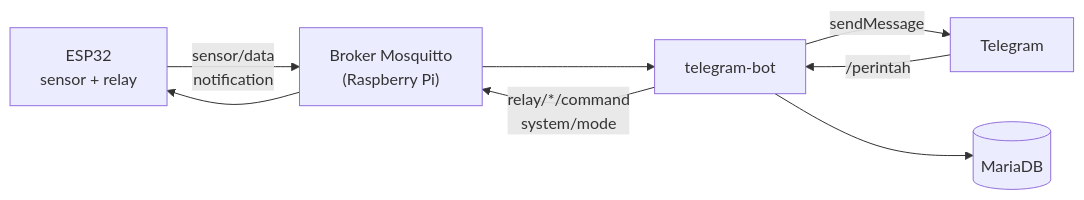
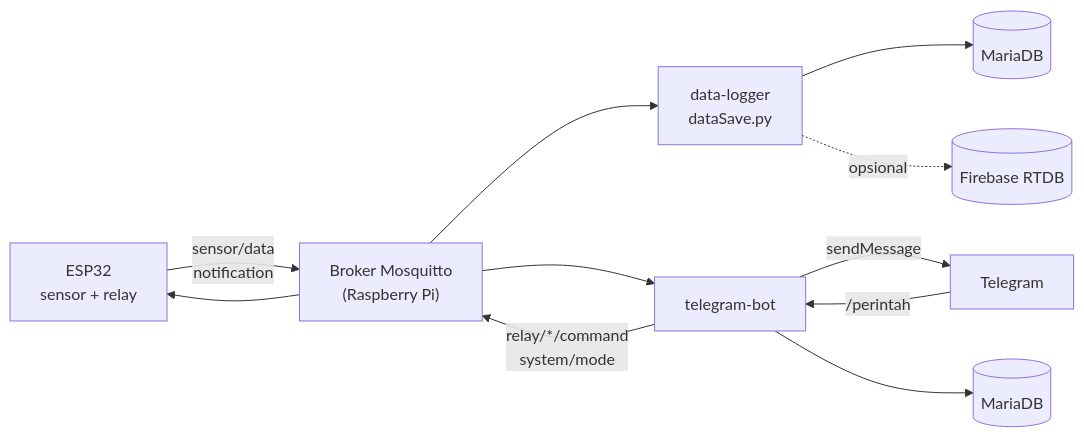
One commit to livinglab-source/Romyadhy changed the diagram in README.id.md. Above: the diagram before and after it, drawn with Mermaid. The commit also changed other lines of this file and 31 other files, not shown here.

First line of the commit message:
docs: add data-logger, remove mqtt-bridge

````diff
--- a/README.id.md
+++ b/README.id.md
@@ -13,10 +13,13 @@
 ```mermaid
 flowchart LR
   A["ESP32<br/>sensor + relay"] -->|"sensor/data<br/>notification"| B["Broker Mosquitto<br/>(Raspberry Pi)"]
+  B --> L["data-logger<br/>dataSave.py"]
+  L --> DB[("MariaDB")]
+  L -.->|opsional| FB[("Firebase RTDB")]
   B --> C["telegram-bot"]
   C -->|"sendMessage"| D["Telegram"]
   D -->|"/perintah"| C
   C --> E[("MariaDB")]
   C -->|"relay/*/command<br/>system/mode"| B
   B --> A
 ```
````
